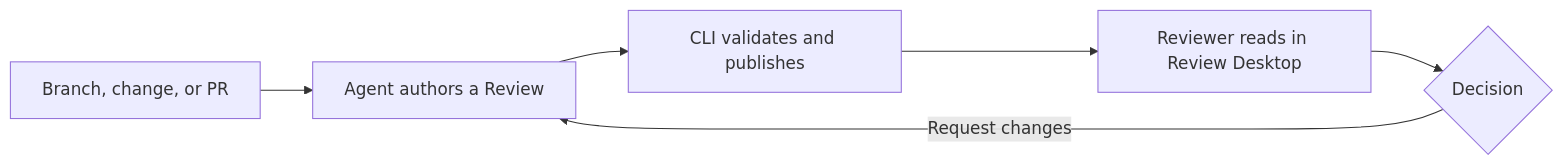
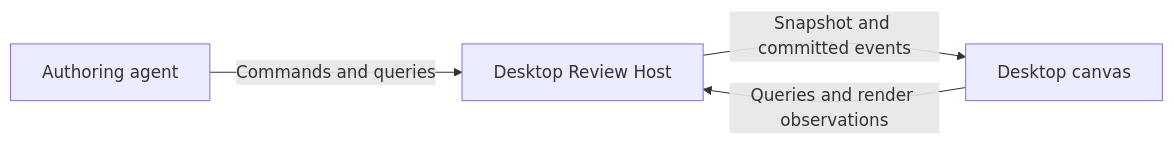
One commit to devdotfast/review changed the diagram in docs/how-review-works.md. Above: the diagram before and after it, drawn with Mermaid. The commit also changed other lines of this file and 104 other files, not shown here.

Commit message:
Route local review authoring and rendering through the JSON host

````diff
--- a/docs/how-review-works.md
+++ b/docs/how-review-works.md
@@ -11,8 +5,6 @@
 ```mermaid
 flowchart LR
-  A[Branch, change, or PR] --> B[Agent authors a Review]
-  B --> C[CLI validates and publishes]
-  C --> D[Reviewer reads in Review Desktop]
-  D --> E{Decision}
-  E -->|Request changes| B
+  A[Authoring agent] -->|Commands and queries| H[Desktop Review Host]
+  H -->|Snapshot and committed events| V[Desktop canvas]
+  V -->|Queries and render observations| H
 ```
````
